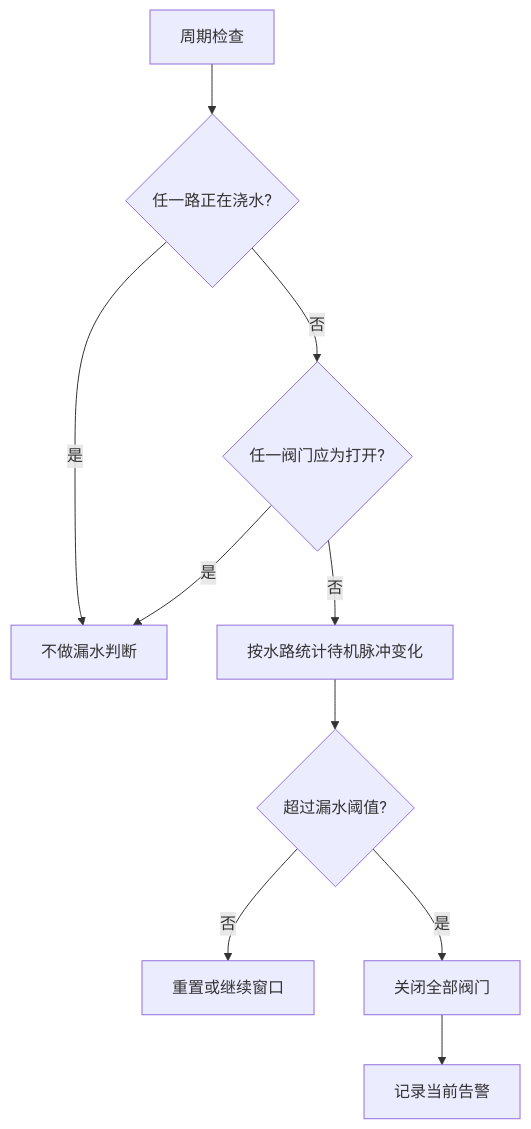
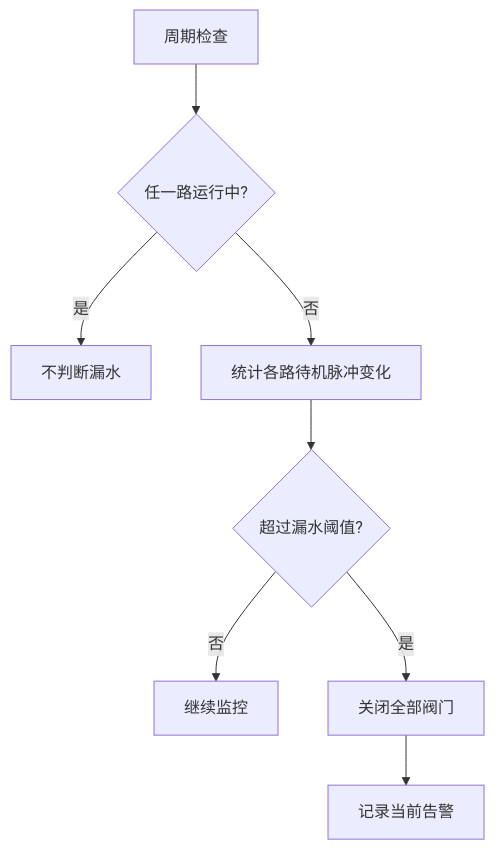
Before and after one commit to tangyangguang/Esp32_Irrigation: the sixth of 6 diagrams in 灌溉系统核心逻辑说明.md, drawn with Mermaid. The commit also changed other lines of this file, not shown here.

````diff
--- a/灌溉系统核心逻辑说明.md
+++ b/灌溉系统核心逻辑说明.md
@@ -336,12 +342,10 @@
 ```mermaid
 flowchart TD
-    A["周期检查"] --> B{"任一路正在浇水?"}
-    B -- 是 --> Z["不做漏水判断"]
-    B -- 否 --> C{"任一阀门应为打开?"}
-    C -- 是 --> Z
-    C -- 否 --> D["按水路统计待机脉冲变化"]
-    D --> E{"超过漏水阈值?"}
-    E -- 否 --> F["重置或继续窗口"]
-    E -- 是 --> G["关闭全部阀门"]
-    G --> H["记录当前告警"]
+    A["周期检查"] --> B{"任一路运行中?"}
+    B -- 是 --> Z["不判断漏水"]
+    B -- 否 --> C["统计各路待机脉冲变化"]
+    C --> D{"超过漏水阈值?"}
+    D -- 否 --> E["继续监控"]
+    D -- 是 --> F["关闭全部阀门"]
+    F --> G["记录当前告警"]
 ```
````
